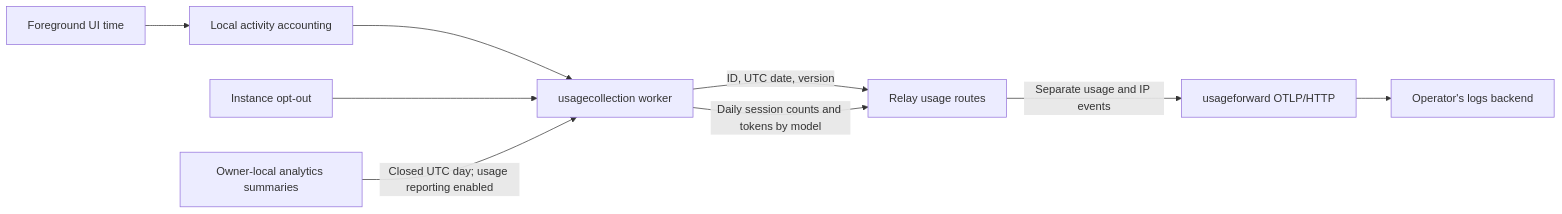
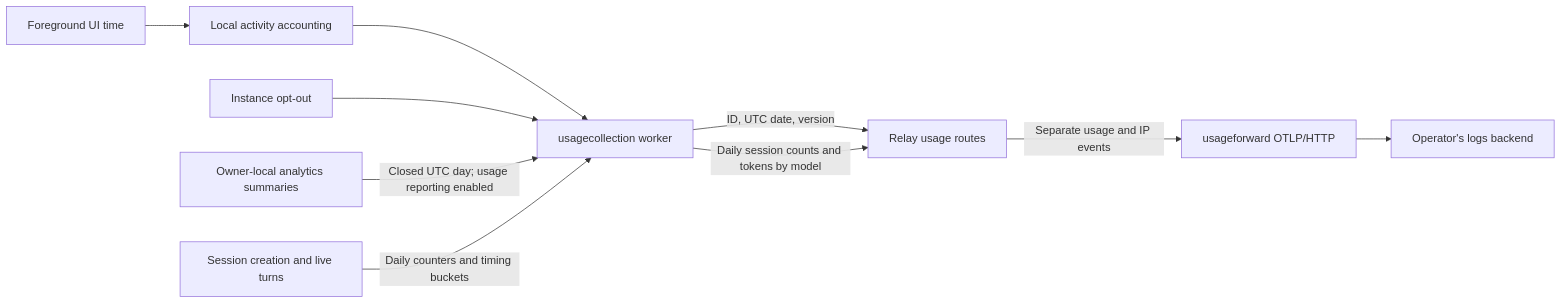
The diagram in docs/features/usage-collection.md (ocman/ocman), drawn with Mermaid before and after one commit. The commit also changed other lines of this file and 22 other files, not shown here.

Commit message:
feat(usage): report daily session health metrics

````diff
--- a/docs/features/usage-collection.md
+++ b/docs/features/usage-collection.md
@@ -157,11 +211,12 @@
 ```mermaid
 flowchart LR
     UI[Foreground UI time] --> Local[Local activity accounting]
     Local --> Worker[usagecollection worker]
     Settings[Instance opt-out] --> Worker
     Worker -->|ID, UTC date, version| Relay[Relay usage routes]
     Summary[Owner-local analytics summaries] -->|Closed UTC day; usage reporting enabled| Worker
     Worker -->|Daily session counts and tokens by model| Relay
+    Lifecycle[Session creation and live turns] -->|Daily counters and timing buckets| Worker
     Relay -->|Separate usage and IP events| Forward[usageforward OTLP/HTTP]
     Forward --> Backend[Operator's logs backend]
 ```
````
